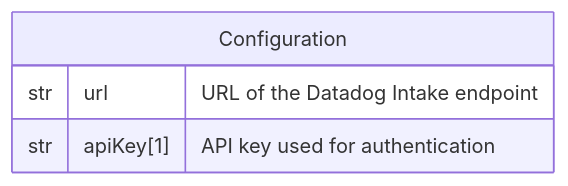
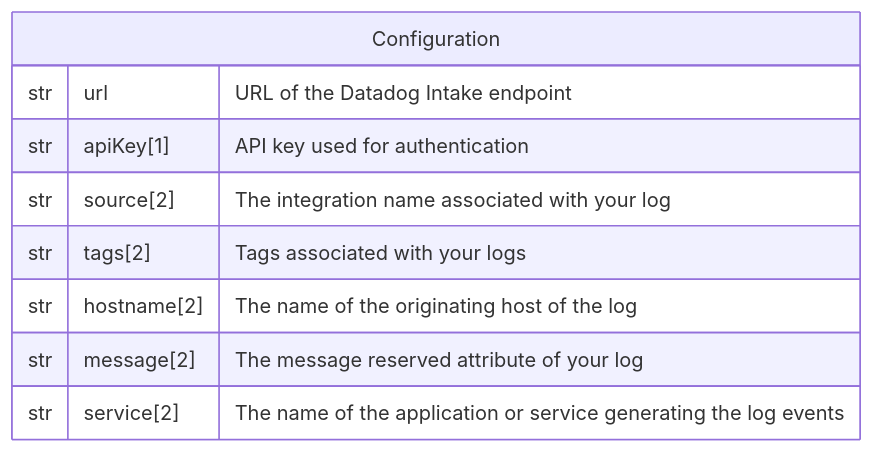
One commit to link-society/flowg changed the diagram in website/docs/technical/forwarders/datadog.md. Above: the diagram before and after it, drawn with Mermaid. The commit also changed other lines of this file, not shown here.

Commit message:
:memo: Update documentation for datadog forwarder

````diff
--- a/website/docs/technical/forwarders/datadog.md
+++ b/website/docs/technical/forwarders/datadog.md
@@ -11,9 +11,14 @@
 ```mermaid
 erDiagram
   direction LR
 
   Configuration {
     str url "URL of the Datadog Intake endpoint"
     str apiKey[1] "API key used for authentication"
+    str source[2] "The integration name associated with your log"
+    str tags[2] "Tags associated with your logs"
+    str hostname[2] "The name of the originating host of the log"
+    str message[2] "The message reserved attribute of your log"
+    str service[2] "The name of the application or service generating the log events"
   }
 ```
````
